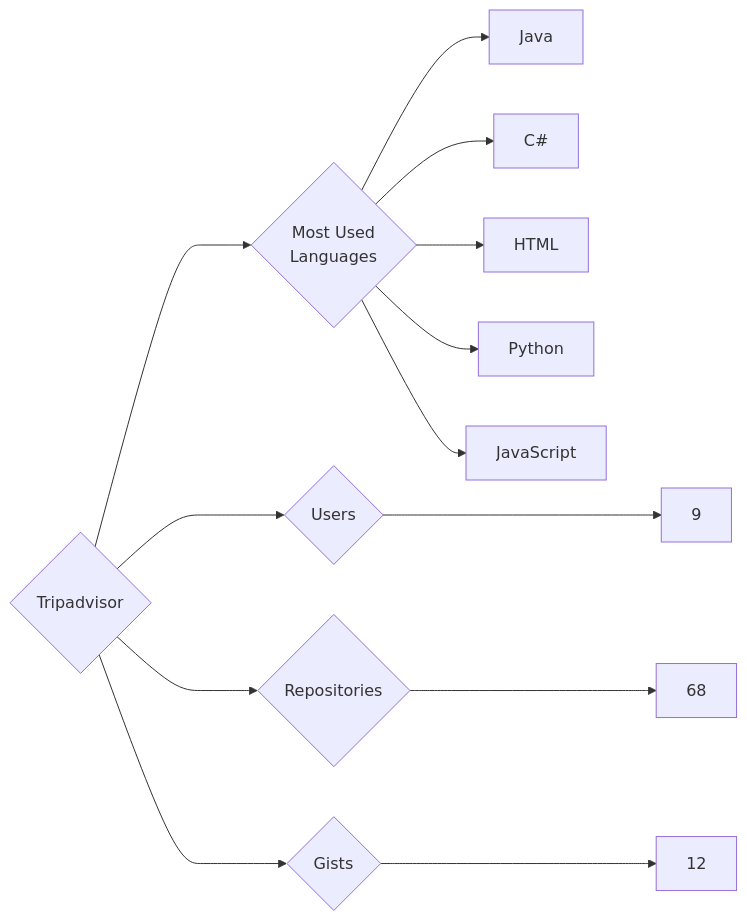
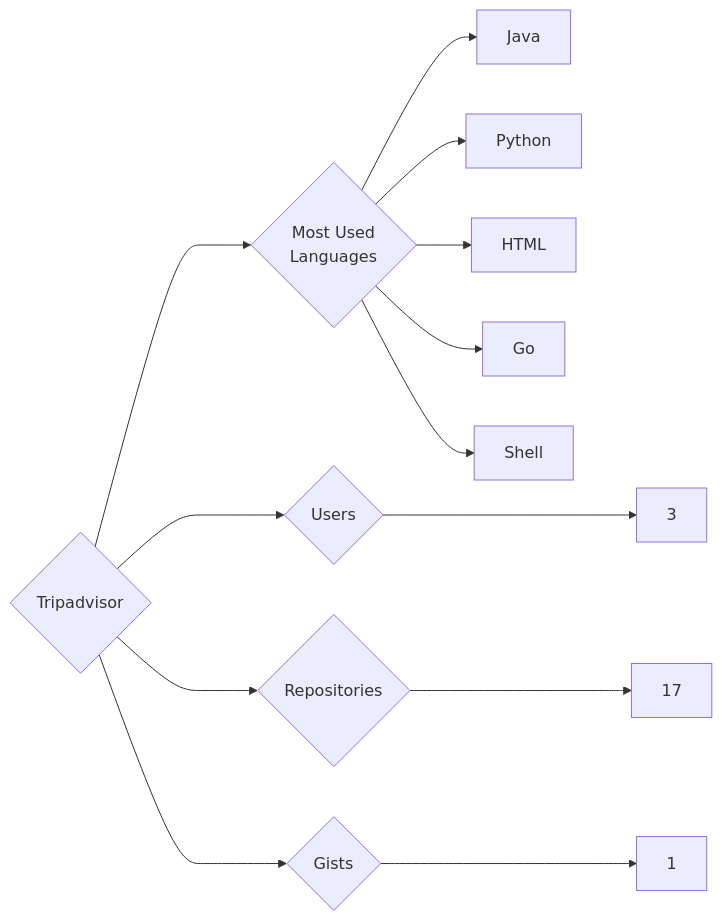
The diagram in targets/Tripadvisor/README.md (trickest/insiders), drawn with Mermaid before and after one commit. The commit also changed 955 other files, not shown here.

````diff
--- a/targets/Tripadvisor/README.md
+++ b/targets/Tripadvisor/README.md
@@ -3,13 +3,13 @@
 ```mermaid
 graph LR
 COMPANY_NAME{Tripadvisor}
-COMPANY_NAME ---> U{Users} ---> UN[9]
-COMPANY_NAME ---> R{Repositories} ---> RN[68]
-COMPANY_NAME ---> G{Gists} ---> GN[12]
+COMPANY_NAME ---> U{Users} ---> UN[3]
+COMPANY_NAME ---> R{Repositories} ---> RN[17]
+COMPANY_NAME ---> G{Gists} ---> GN[1]
 COMPANY_NAME ---> ML{Most Used<br>Languages}
 ML --> Java[Java]
-ML --> C#[C#]
+ML --> Python[Python]
 ML --> HTML[HTML]
-ML --> Python[Python]
-ML --> JavaScript[JavaScript]
+ML --> Go[Go]
+ML --> Shell[Shell]
 ```
````
